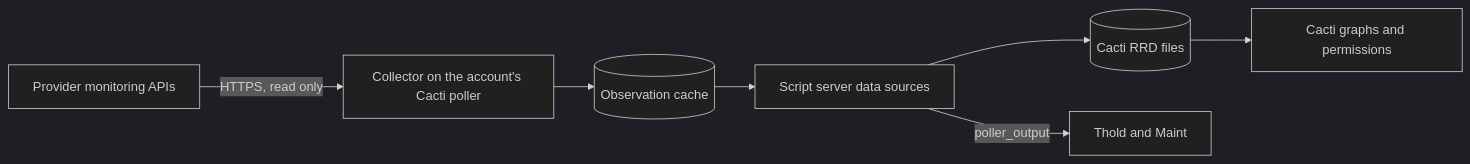
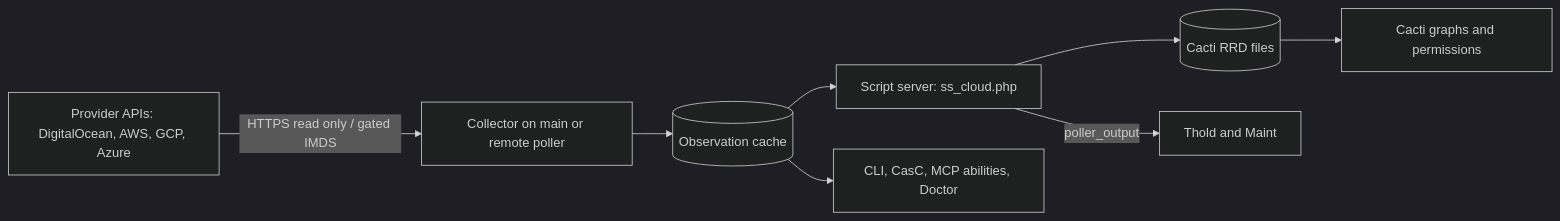
Before and after one commit to somethingwithproof/plugin_cloud: the diagram in README.md, drawn with Mermaid (dark theme). The commit also changed other lines of this file and 48 other files, not shown here.

First line of the commit message:
docs(readme): document AWS, GCP, Azure drivers, remote collectors, and ecosystem hooks

````diff
--- a/README.md
+++ b/README.md
@@ -108,9 +146,10 @@
 ```mermaid
 flowchart LR
-    API[Provider monitoring APIs] -->|HTTPS, read only| C[Collector on the account's Cacti poller]
+    API[Provider APIs: DigitalOcean, AWS, GCP, Azure] -->|HTTPS read only / gated IMDS| C[Collector on main or remote poller]
     C --> O[(Observation cache)]
-    O --> SS[Script server data sources]
+    O --> SS[Script server: ss_cloud.php]
     SS --> RRD[(Cacti RRD files)]
     SS -->|poller_output| T[Thold and Maint]
     RRD --> G[Cacti graphs and permissions]
+    O --> ECO[CLI, CasC, MCP abilities, Doctor]
 ```
````
